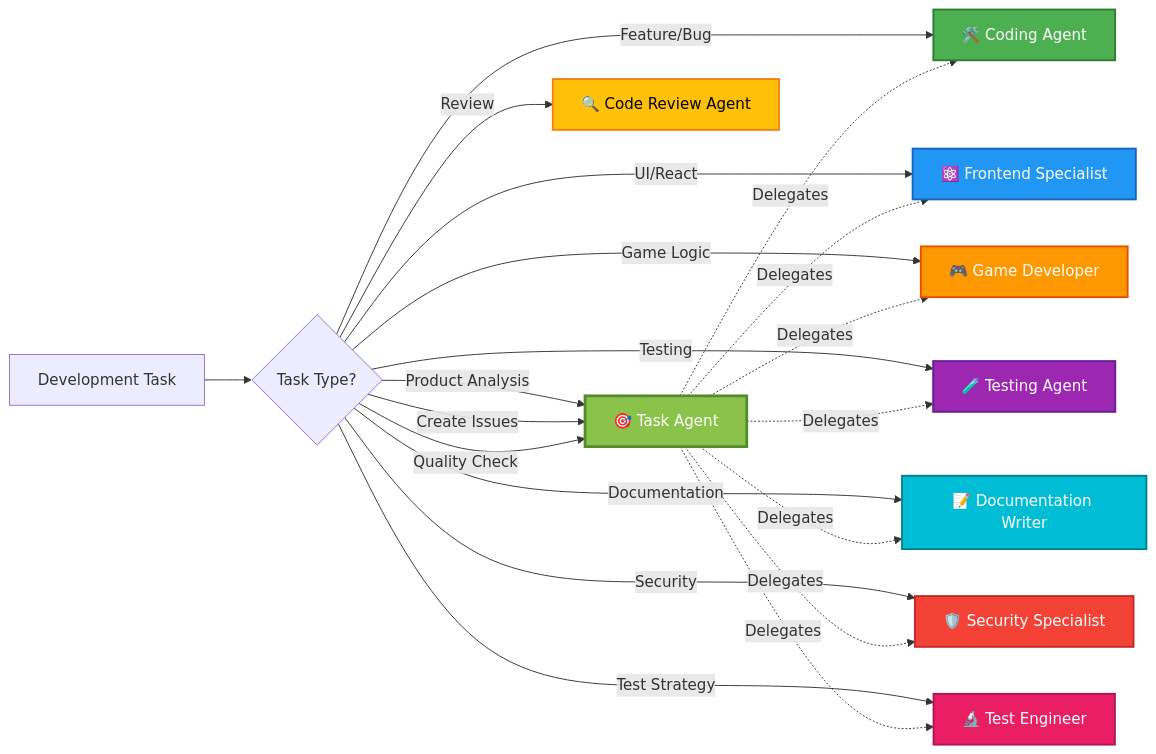
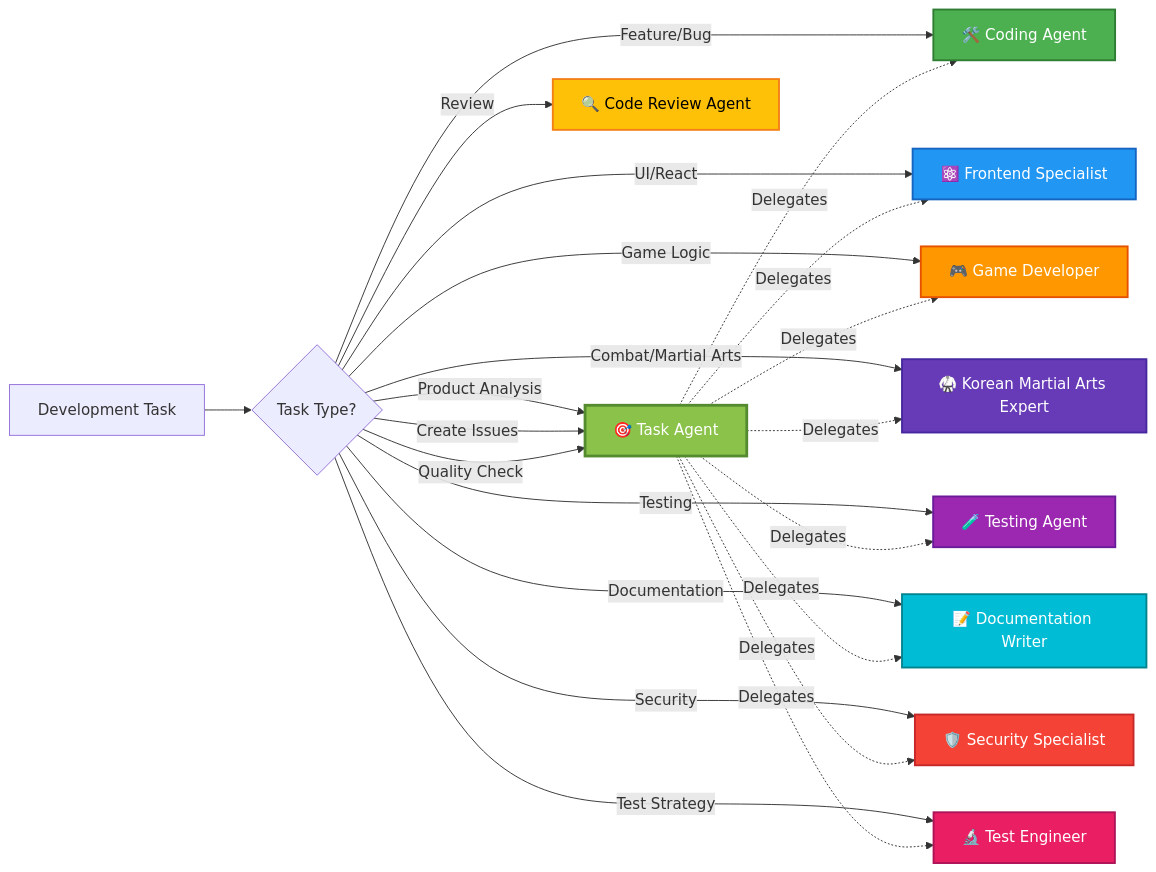
Before and after one commit to Hack23/blacktrigram: the second of 5 diagrams in .github/agents/README.md, drawn with Mermaid. The commit also changed other lines of this file and 1 other file, not shown here.

Commit message:
Add Korean Martial Arts Expert agent with Hapkido, Taekwondo, and Taekyon expertise

````diff
--- a/.github/agents/README.md
+++ b/.github/agents/README.md
@@ -121,33 +121,36 @@
 ```mermaid
 graph LR
     A[Development Task] --> B{Task Type?}
     B -->|Product Analysis| K[🎯 Task Agent]
     B -->|Create Issues| K
     B -->|Quality Check| K
     B -->|Feature/Bug| C[🛠️ Coding Agent]
     B -->|UI/React| D[⚛️ Frontend Specialist]
     B -->|Game Logic| E[🎮 Game Developer]
+    B -->|Combat/Martial Arts| L[🥋 Korean Martial Arts Expert]
     B -->|Testing| F[🧪 Testing Agent]
     B -->|Documentation| G[📝 Documentation Writer]
     B -->|Security| H[🛡️ Security Specialist]
     B -->|Review| I[🔍 Code Review Agent]
     B -->|Test Strategy| J[🔬 Test Engineer]
     
     K -.Delegates.-> C
     K -.Delegates.-> D
     K -.Delegates.-> E
+    K -.Delegates.-> L
     K -.Delegates.-> F
     K -.Delegates.-> G
     K -.Delegates.-> H
     K -.Delegates.-> J
     
     style K fill:#8BC34A,stroke:#558B2F,stroke-width:3px,color:#fff
     style C fill:#4CAF50,stroke:#2E7D32,stroke-width:2px,color:#fff
     style D fill:#2196F3,stroke:#1565C0,stroke-width:2px,color:#fff
     style E fill:#FF9800,stroke:#E65100,stroke-width:2px,color:#fff
+    style L fill:#673AB7,stroke:#4527A0,stroke-width:2px,color:#fff
     style F fill:#9C27B0,stroke:#6A1B9A,stroke-width:2px,color:#fff
     style G fill:#00BCD4,stroke:#00838F,stroke-width:2px,color:#fff
     style H fill:#F44336,stroke:#C62828,stroke-width:2px,color:#fff
     style I fill:#FFC107,stroke:#F57F17,stroke-width:2px,color:#000
     style J fill:#E91E63,stroke:#AD1457,stroke-width:2px,color:#fff
 ```
````
